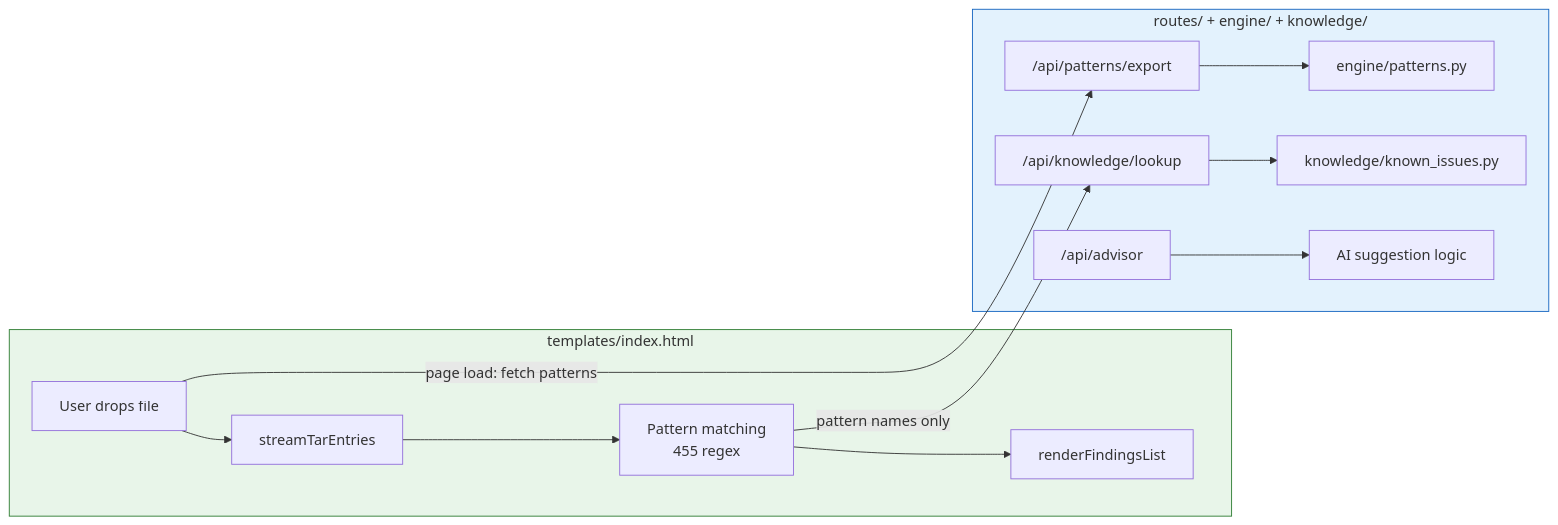
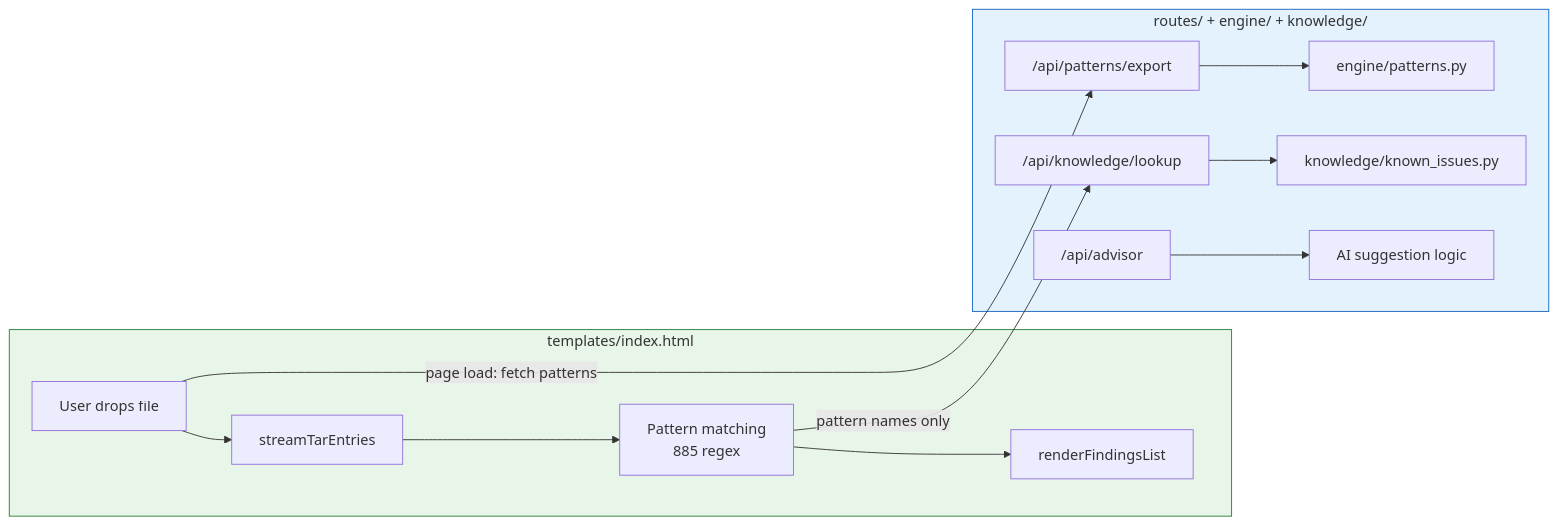
Before and after one commit to yadakrishna245/Log_analysis: diagram 17 of 17 in README.md, drawn with Mermaid. The commit also changed other lines of this file, not shown here.

````diff
--- a/README.md
+++ b/README.md
@@ -1465,20 +1465,20 @@
 ```mermaid
 flowchart LR
     subgraph FRONTEND["templates/index.html"]
         A[User drops file] --> B[streamTarEntries]
-        B --> C[Pattern matching<br/>455 regex]
+        B --> C[Pattern matching<br/>885 regex]
         C --> D[renderFindingsList]
     end
 
     subgraph BACKEND["routes/ + engine/ + knowledge/"]
         E["/api/patterns/export"] --> F[engine/patterns.py]
         G["/api/knowledge/lookup"] --> H[knowledge/known_issues.py]
         I["/api/advisor"] --> J[AI suggestion logic]
     end
 
     C -->|"pattern names only"| G
     A -->|"page load: fetch patterns"| E
 
     style FRONTEND fill:#e8f5e9,stroke:#2e7d32
     style BACKEND fill:#e3f2fd,stroke:#1565c0
 ```
````
